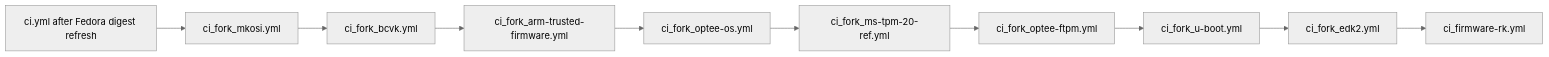
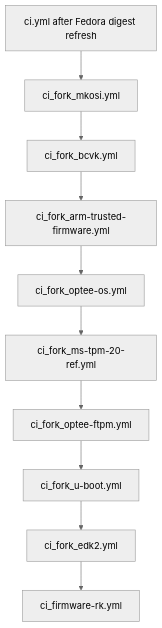
One commit to corning-croak-cable/yubiOS changed the fifth of 8 diagrams in CI_MAP.md. Above: the diagram before and after it, drawn with Mermaid (neutral theme). The commit also changed other lines of this file, not shown here.

````diff
--- a/CI_MAP.md
+++ b/CI_MAP.md
@@ -124,15 +186,15 @@
 ```mermaid
-flowchart LR
+flowchart TD
     start["ci.yml after Fedora digest refresh"]
     mkosi["ci_fork_mkosi.yml"]
     bcvk["ci_fork_bcvk.yml"]
     tfa["ci_fork_arm-trusted-firmware.yml"]
     optee["ci_fork_optee-os.yml"]
     ms["ci_fork_ms-tpm-20-ref.yml"]
     ftpm["ci_fork_optee-ftpm.yml"]
     uboot["ci_fork_u-boot.yml"]
     edk2["ci_fork_edk2.yml"]
     firmware["ci_firmware-rk.yml"]
 
     start --> mkosi --> bcvk --> tfa --> optee --> ms --> ftpm --> uboot --> edk2 --> firmware
 ```
````
